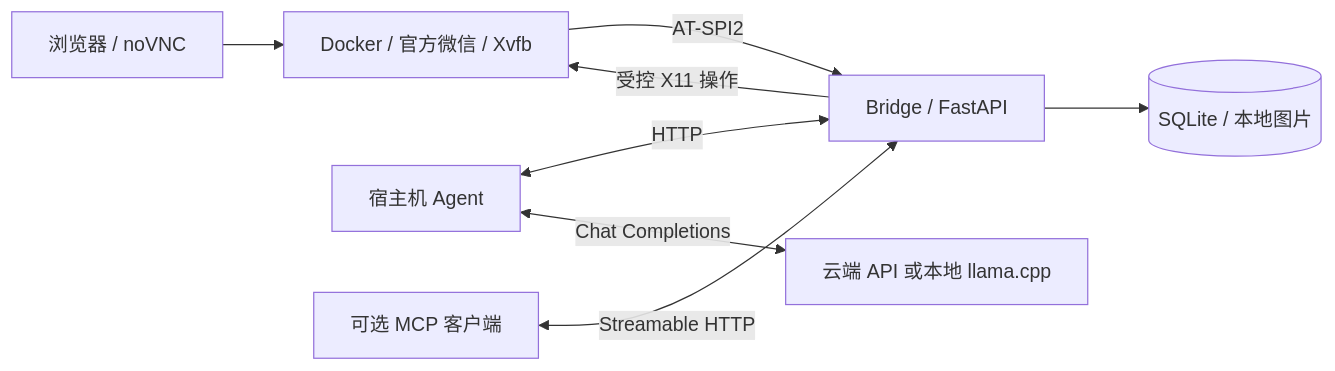
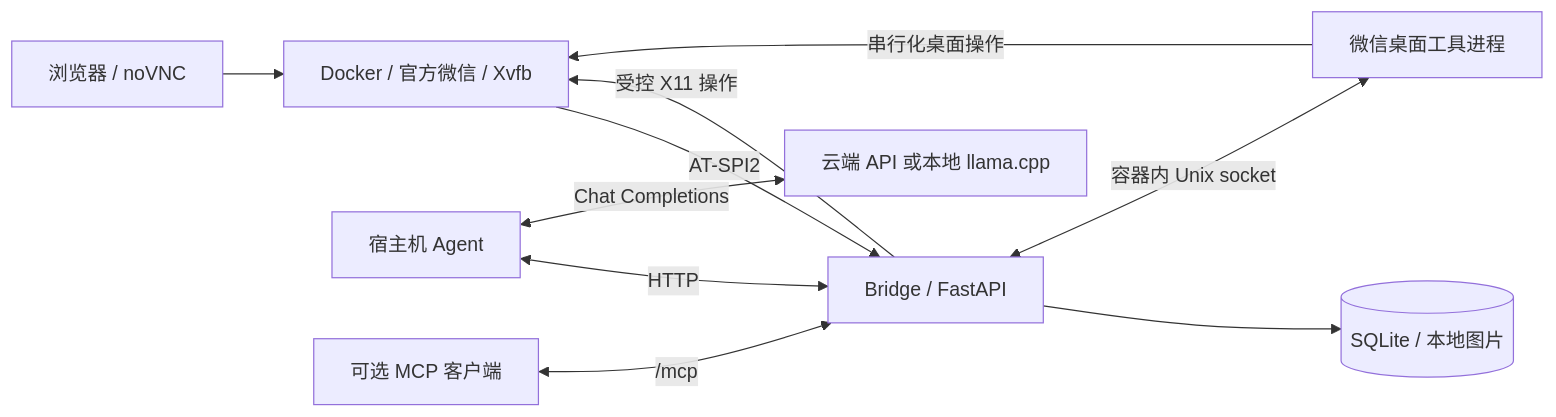
One commit to MyouKin/Agent-Accessible-Wechat changed the diagram in README.md. Above: the diagram before and after it, drawn with Mermaid. The commit also changed other lines of this file and 30 other files, not shown here.

````diff
--- a/README.md
+++ b/README.md
@@ -7,10 +9,12 @@
 ```mermaid
 flowchart LR
     V["浏览器 / noVNC"] --> W["Docker / 官方微信 / Xvfb"]
     W -->|AT-SPI2| B["Bridge / FastAPI"]
     B -->|受控 X11 操作| W
     B --> D[("SQLite / 本地图片")]
     A["宿主机 Agent"] <-->|HTTP| B
     A <-->|Chat Completions| L["云端 API 或本地 llama.cpp"]
-    M["可选 MCP 客户端"] <-->|Streamable HTTP| B
+    M["可选 MCP 客户端"] <-->|/mcp| B
+    B <-->|容器内 Unix socket| T["微信桌面工具进程"]
+    T -->|串行化桌面操作| W
 ```
````
